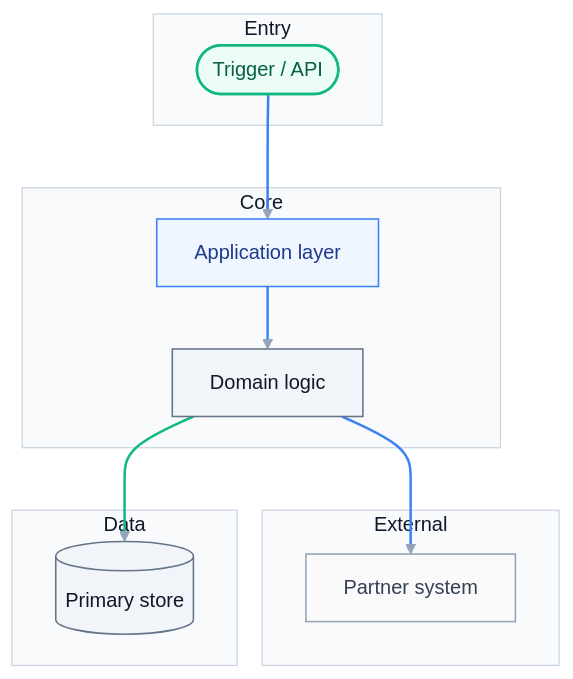
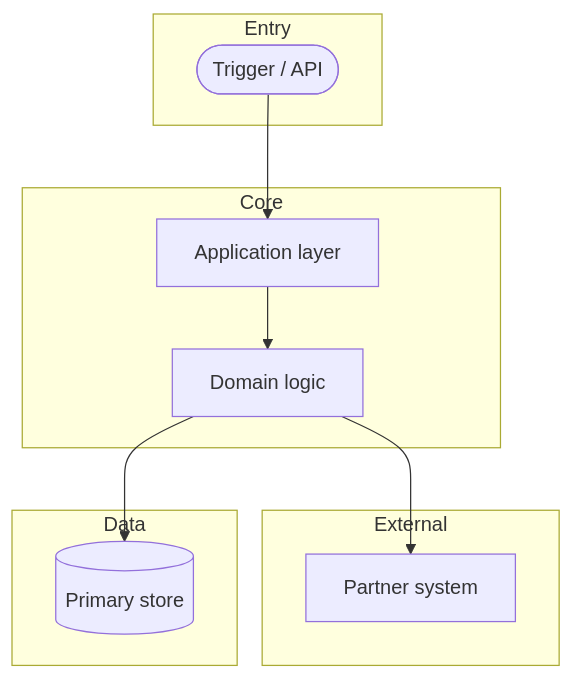
One commit to DanielaRosenn/uiplan-agent-of-agents changed the first of 2 diagrams in docs/uiplan/kit/_spec-template.md. Above: the diagram before and after it, drawn with Mermaid. The commit also changed other lines of this file and 6 other files, not shown here.

First line of the commit message:
fix(docs): renderer-safe Mermaid for MCP_TOOLS and UiPlan kit

````diff
--- a/docs/uiplan/kit/_spec-template.md
+++ b/docs/uiplan/kit/_spec-template.md
@@ -55,31 +55,20 @@
 ```mermaid
-%%{init: {'theme':'base','themeVariables':{'primaryColor':'#E2E8F0','primaryTextColor':'#0F172A','primaryBorderColor':'#94A3B8','lineColor':'#94A3B8','secondaryColor':'#F1F5F9','tertiaryColor':'#F8FAFC','background':'#FFFFFF','clusterBkg':'#F8FAFC','clusterBorder':'#CBD5E1','titleColor':'#0F172A','edgeLabelBackground':'#FFFFFF','fontFamily':'Inter, ui-sans-serif, system-ui'}}}%%
 flowchart TB
   subgraph Entry["Entry"]
     Trigger([Trigger / API]):::start
   end
   subgraph Core["Core"]
     App[Application layer]:::service
     Domain[Domain logic]:::process
   end
   subgraph External["External"]
     Partner[Partner system]:::external
   end
   subgraph Persistence["Data"]
     Db[(Primary store)]:::data
   end
   Trigger --> App
   App --> Domain
   Domain --> Partner
   Domain --> Db
-
-  classDef start    fill:#ECFDF5,stroke:#10B981,color:#065F46,stroke-width:2px
-  classDef process  fill:#F1F5F9,stroke:#64748B,color:#0F172A,stroke-width:1.25px
-  classDef service  fill:#EFF6FF,stroke:#3B82F6,color:#1E3A8A,stroke-width:1.25px
-  classDef data     fill:#F1F5F9,stroke:#64748B,color:#0F172A,stroke-width:1.25px
-  classDef external fill:#FAFAFA,stroke:#94A3B8,color:#334155,stroke-width:1.25px
-
-  linkStyle default stroke:#94A3B8,stroke-width:1.5px
-  linkStyle 0,1,2 stroke:#3B82F6,stroke-width:2px
-  linkStyle 3 stroke:#10B981,stroke-width:2px
 ```
````
